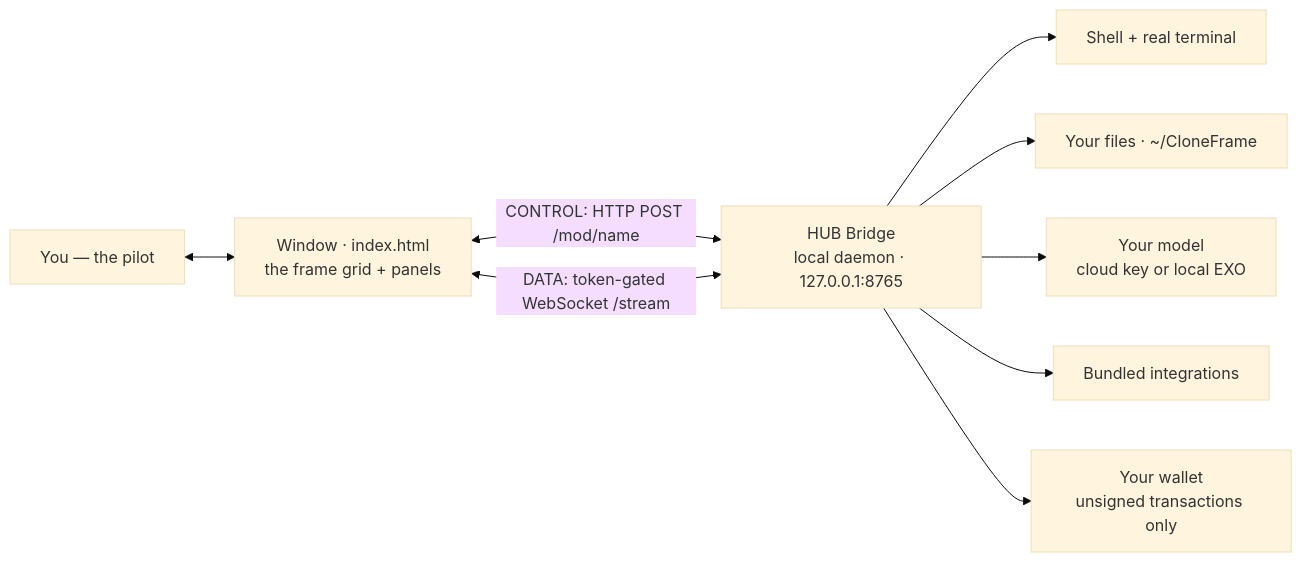
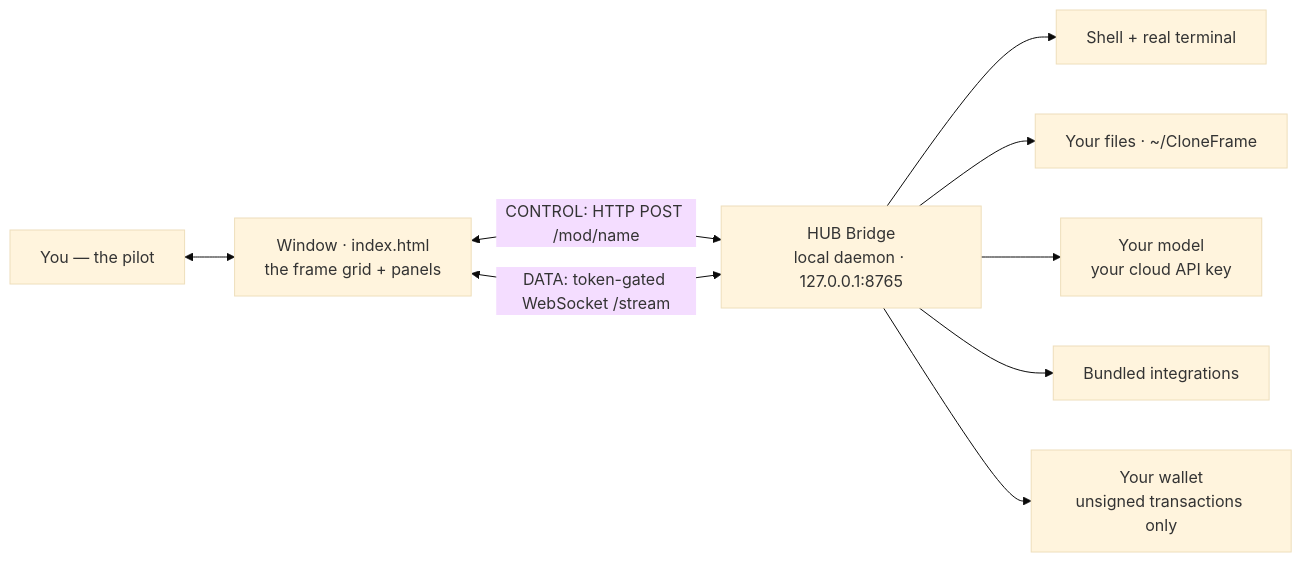
The first of 2 diagrams in README.md (devclone20/cloneframe_app_executable), drawn with Mermaid (base theme) before and after one commit. The commit also changed other lines of this file and 24 other files, not shown here.

````diff
--- a/README.md
+++ b/README.md
@@ -54,11 +54,11 @@
 ```mermaid
 flowchart LR
     You["You — the pilot"] <--> UI["Window · index.html<br/>the frame grid + panels"]
     UI <-->|"CONTROL: HTTP POST /mod/name"| Bridge["HUB Bridge<br/>local daemon · 127.0.0.1:8765"]
     UI <-->|"DATA: token-gated WebSocket /stream"| Bridge
     Bridge --> Shell["Shell + real terminal"]
     Bridge --> Files["Your files · ~/CloneFrame"]
-    Bridge --> LLM["Your model<br/>cloud key or local EXO"]
+    Bridge --> LLM["Your model<br/>your cloud API key"]
     Bridge --> Tools["Bundled integrations"]
     Bridge --> Wallet["Your wallet<br/>unsigned transactions only"]
 ```
````
